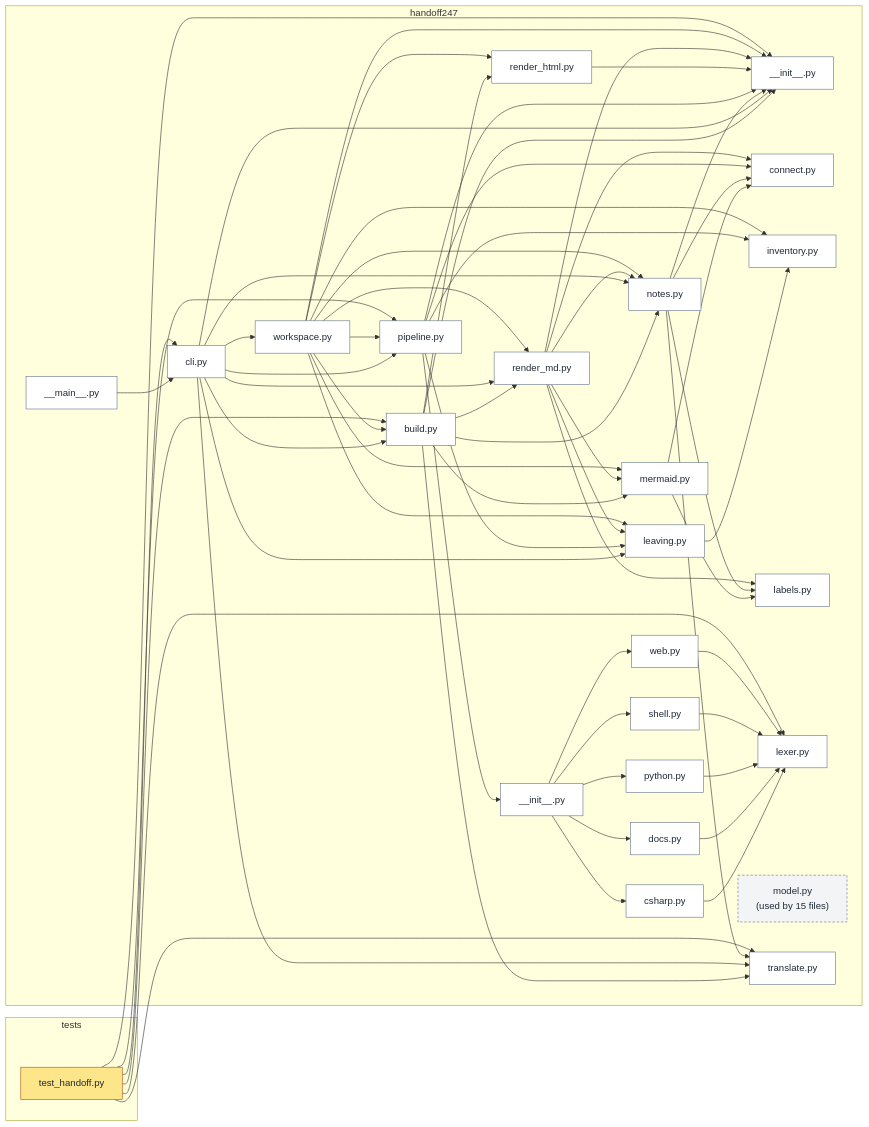
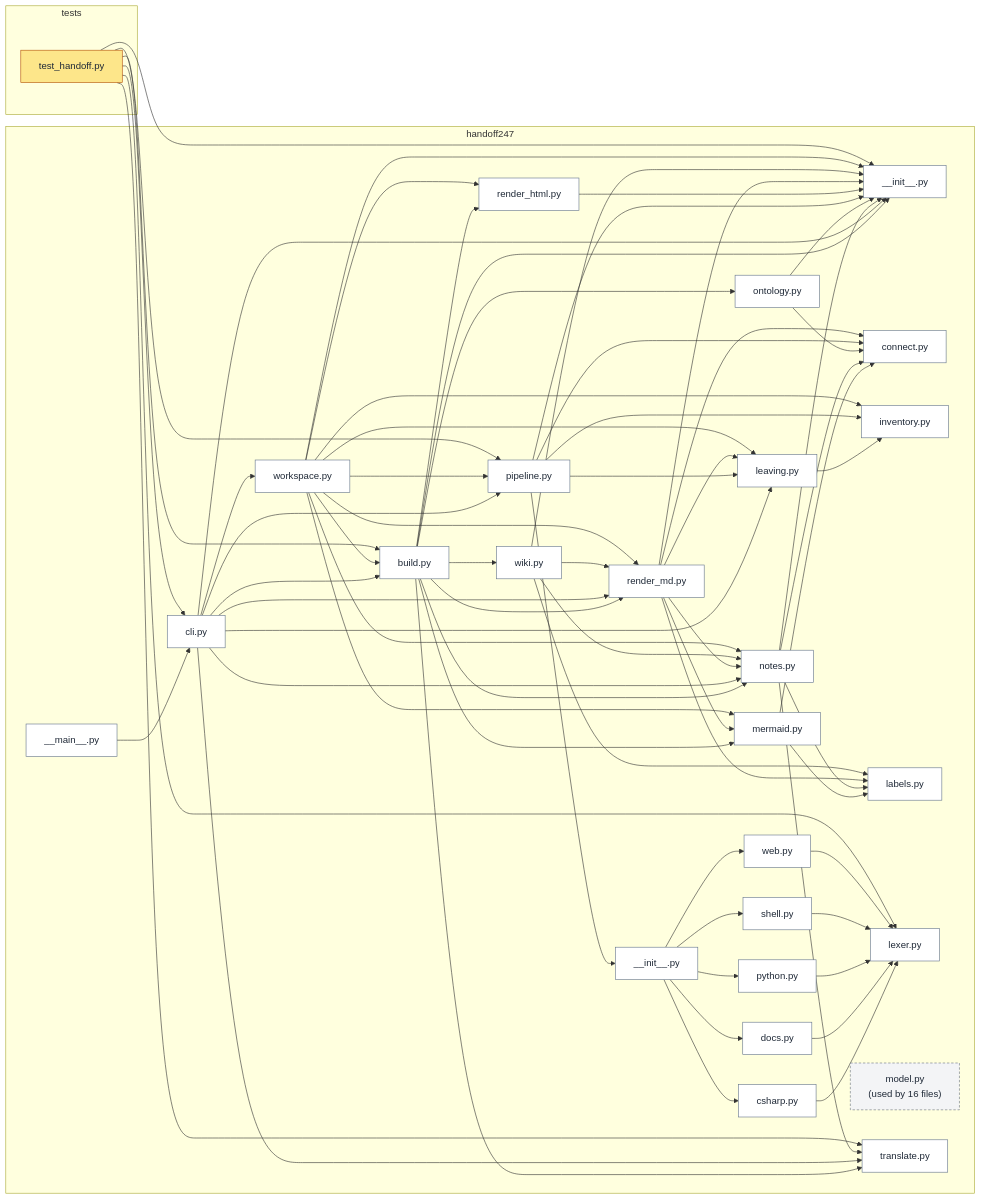
Before and after one commit to unkkyuist/HandOff247: the diagram in docs/handoff/diagrams/code.mmd, drawn with Mermaid. The commit also changed 79 other files, not shown here.

```diff
--- a/docs/handoff/diagrams/code.mmd
+++ b/docs/handoff/diagrams/code.mmd
@@ -1,98 +1,108 @@
 flowchart LR
   subgraph g1["handoff247"]
     n2["#95;#95;init#95;#95;.py"]:::file
     n3["#95;#95;main#95;#95;.py"]:::file
     n4["#95;#95;init#95;#95;.py"]:::file
     n5["csharp.py"]:::file
     n6["docs.py"]:::file
     n7["python.py"]:::file
     n8["shell.py"]:::file
     n9["web.py"]:::file
     n10["build.py"]:::file
     n11["cli.py"]:::file
     n12["connect.py"]:::file
     n13["inventory.py"]:::file
     n14["labels.py"]:::file
     n15["leaving.py"]:::file
     n16["lexer.py"]:::file
     n17["mermaid.py"]:::file
-    n18["model.py<br/>(used by 15 files)"]:::hub
+    n18["model.py<br/>(used by 16 files)"]:::hub
     n19["notes.py"]:::file
-    n20["pipeline.py"]:::file
-    n21["render#95;html.py"]:::file
-    n22["render#95;md.py"]:::file
-    n23["translate.py"]:::file
-    n24["workspace.py"]:::file
+    n20["ontology.py"]:::file
+    n21["pipeline.py"]:::file
+    n22["render#95;html.py"]:::file
+    n23["render#95;md.py"]:::file
+    n24["translate.py"]:::file
+    n25["wiki.py"]:::file
+    n26["workspace.py"]:::file
   end
-  subgraph g25["tests"]
-    n26["test#95;handoff.py"]:::entry
+  subgraph g27["tests"]
+    n28["test#95;handoff.py"]:::entry
   end
   n3 --> n11
   n4 --> n5
   n4 --> n6
   n4 --> n7
   n4 --> n8
   n4 --> n9
   n5 --> n16
   n6 --> n16
   n7 --> n16
   n8 --> n16
   n9 --> n16
   n10 --> n2
   n10 --> n17
   n10 --> n19
-  n10 --> n21
+  n10 --> n20
   n10 --> n22
   n10 --> n23
+  n10 --> n24
+  n10 --> n25
   n11 --> n2
   n11 --> n10
   n11 --> n15
   n11 --> n19
-  n11 --> n20
-  n11 --> n22
+  n11 --> n21
   n11 --> n23
   n11 --> n24
+  n11 --> n26
   n15 --> n13
   n17 --> n12
   n17 --> n14
   n19 --> n2
   n19 --> n12
   n19 --> n14
-  n19 --> n23
+  n19 --> n24
   n20 --> n2
-  n20 --> n4
   n20 --> n12
-  n20 --> n13
-  n20 --> n15
   n21 --> n2
+  n21 --> n4
+  n21 --> n12
+  n21 --> n13
+  n21 --> n15
   n22 --> n2
-  n22 --> n12
-  n22 --> n14
-  n22 --> n15
-  n22 --> n17
-  n22 --> n19
-  n24 --> n2
-  n24 --> n10
-  n24 --> n13
-  n24 --> n15
-  n24 --> n17
-  n24 --> n19
-  n24 --> n20
-  n24 --> n21
-  n24 --> n22
+  n23 --> n2
+  n23 --> n12
+  n23 --> n14
+  n23 --> n15
+  n23 --> n17
+  n23 --> n19
+  n25 --> n2
+  n25 --> n14
+  n25 --> n19
+  n25 --> n23
   n26 --> n2
   n26 --> n10
-  n26 --> n11
-  n26 --> n16
-  n26 --> n20
+  n26 --> n13
+  n26 --> n15
+  n26 --> n17
+  n26 --> n19
+  n26 --> n21
+  n26 --> n22
   n26 --> n23
+  n28 --> n2
+  n28 --> n10
+  n28 --> n11
+  n28 --> n16
+  n28 --> n21
+  n28 --> n24
   classDef entry fill:#fde68a,stroke:#b45309,color:#1f2937
   classDef launcher fill:#e0e7ff,stroke:#4338ca,color:#1f2937
   classDef mode fill:#dcfce7,stroke:#15803d,color:#1f2937
   classDef iface fill:#cffafe,stroke:#0e7490,color:#1f2937
   classDef table fill:#fce7f3,stroke:#be185d,color:#1f2937
   classDef hub fill:#f3f4f6,stroke:#6b7280,color:#1f2937,stroke-dasharray:4 3
   classDef data fill:#fef3c7,stroke:#92400e,color:#1f2937
   classDef ext fill:#ffffff,stroke:#9ca3af,color:#374151,stroke-dasharray:2 2
   classDef test fill:#ede9fe,stroke:#6d28d9,color:#1f2937
   classDef file fill:#ffffff,stroke:#64748b,color:#1f2937
```
